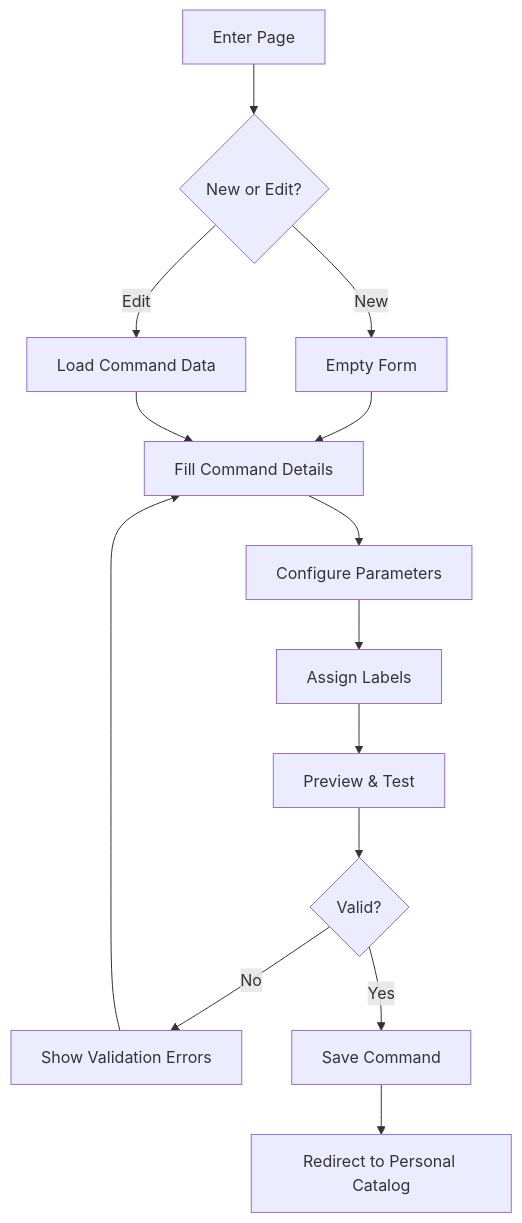
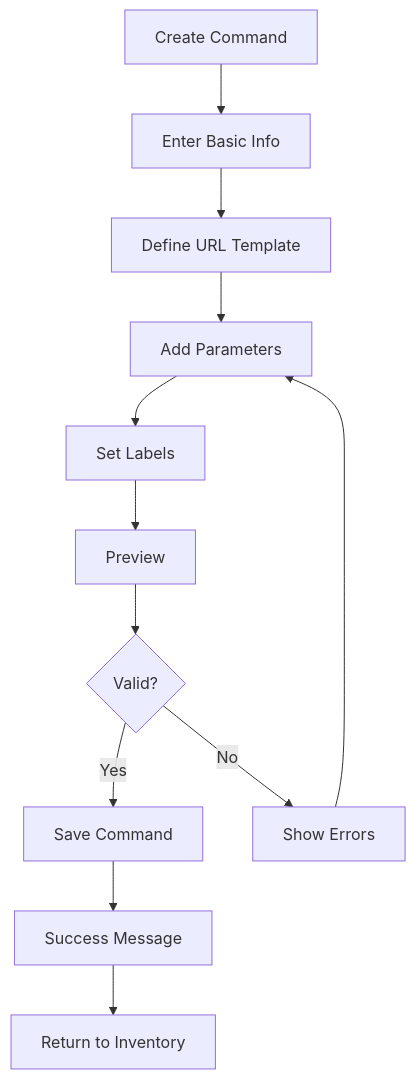
The diagram in pages/create-command.md (m3au/meows), drawn with Mermaid before and after one commit. The commit also changed other lines of this file and 14 other files, not shown here.

First line of the commit message:
Update documentation for inventory and command management components

````diff
--- a/pages/create-command.md
+++ b/pages/create-command.md
@@ -51,16 +51,14 @@
 ```mermaid
 flowchart TD
-    A[Enter Page] --> B{New or Edit?}
-    B -->|New| C[Empty Form]
-    B -->|Edit| D[Load Command Data]
-    C --> E[Fill Command Details]
-    D --> E
-    E --> F[Configure Parameters]
-    F --> G[Assign Labels]
-    G --> H[Preview & Test]
-    H --> I{Valid?}
-    I -->|No| J[Show Validation Errors]
-    J --> E
-    I -->|Yes| K[Save Command]
-    K --> L[Redirect to Personal Catalog]
+    A[Create Command] --> B[Enter Basic Info]
+    B --> C[Define URL Template]
+    C --> D[Add Parameters]
+    D --> E[Set Labels]
+    E --> F[Preview]
+    F --> G{Valid?}
+    G -->|Yes| H[Save Command]
+    G -->|No| I[Show Errors]
+    I --> D
+    H --> J[Success Message]
+    J --> K[Return to Inventory]
 ```
````
